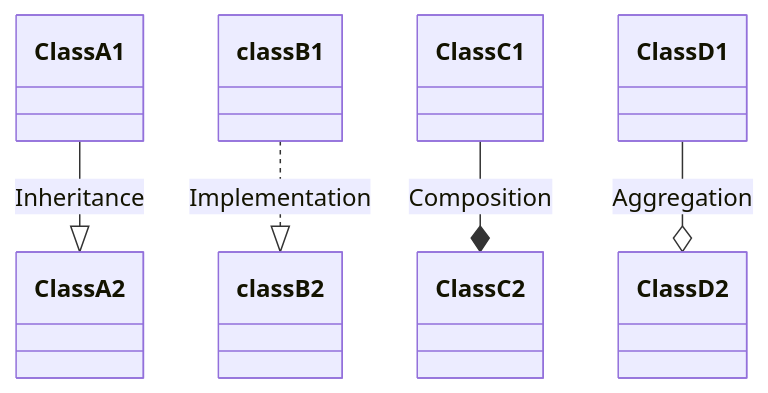
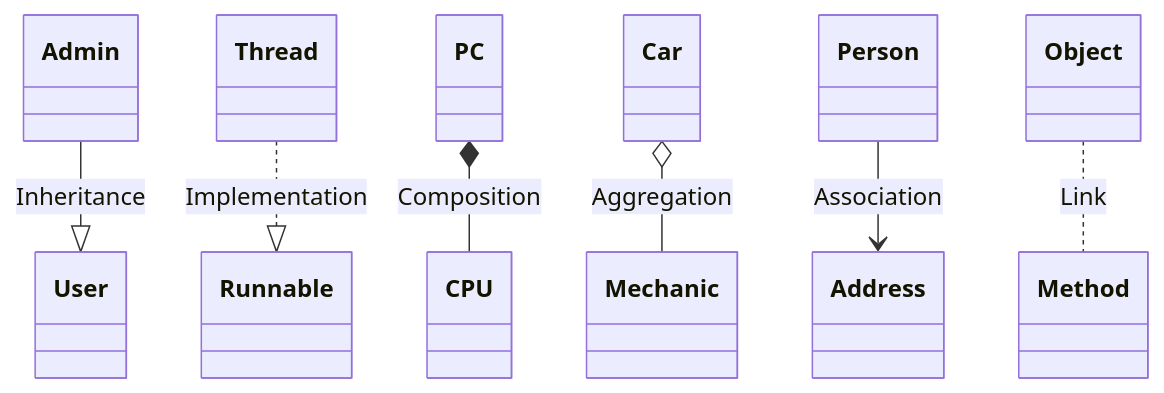
Before and after one commit to kirillvelichko/patterns: the diagram in Legend.md, drawn with Mermaid. The commit also changed other lines of this file and 1 other file, not shown here.

````diff
--- a/Legend.md
+++ b/Legend.md
@@ -2,7 +2,9 @@
 ```mermaid
 classDiagram
-ClassA1 --|> ClassA2 : Inheritance
-classB1 ..|> classB2 : Implementation
-ClassC1 --* ClassC2 : Composition
-ClassD1 --o ClassD2 : Aggregation
+Admin --|> User : Inheritance
+Thread ..|> Runnable : Implementation
+PC *-- CPU : Composition
+Car o-- Mechanic : Aggregation
+Person --> Address : Association
+Object .. Method : Link
 ```
````
